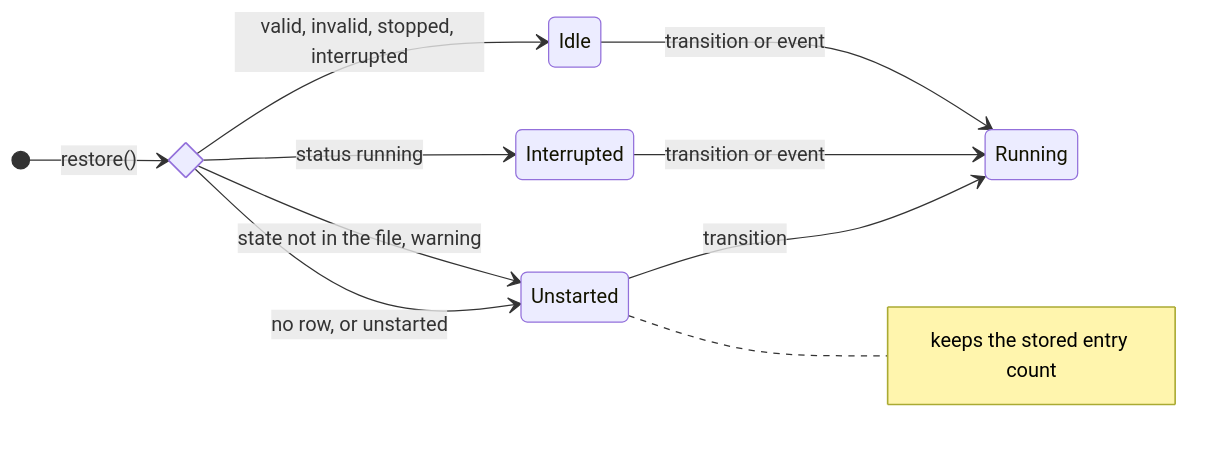
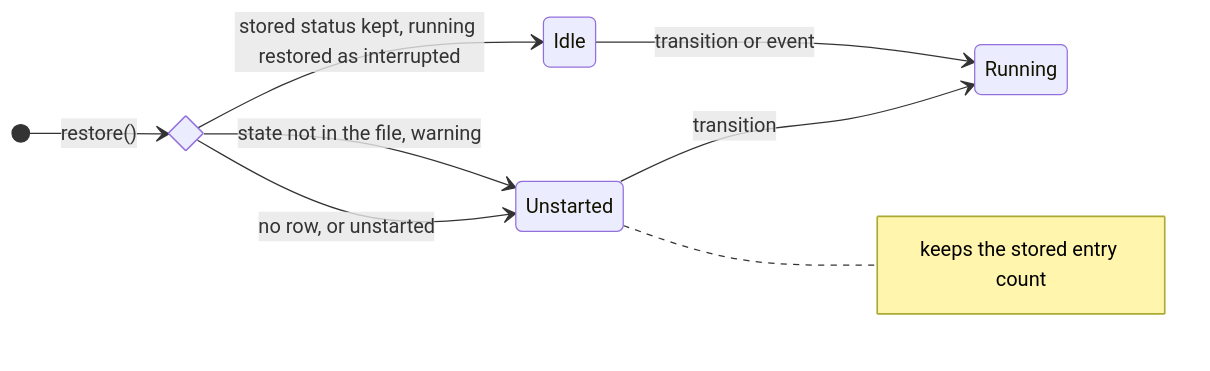
Before and after one commit to prasadtalasila/DTaaS-Public: the third of 3 diagrams in servers/execution/runner/docs/state-machine-design.md, drawn with Mermaid. The commit also changed 2 other files, not shown here.

Commit message:
Address Fable's notes on the state machine documents
- 09 issue: main.ts starts MQTT before listen; drop the stale note
- STATE-MACHINE.md: interrupted shows in GET / and GET /state, not in
  the history, which lists names only
- design: one path from a stored row to Idle, with running restored as
  interrupted, instead of two that looked like different states

````diff
--- a/servers/execution/runner/docs/state-machine-design.md
+++ b/servers/execution/runner/docs/state-machine-design.md
@@ -368,14 +368,12 @@
 ```mermaid
 stateDiagram-v2
     direction LR
     state stored <<choice>>
     [*] --> stored : restore()
     stored --> Unstarted : no row, or unstarted
     stored --> Unstarted : state not in the file, warning
-    stored --> Interrupted : status running
-    stored --> Idle : valid, invalid, stopped, interrupted
+    stored --> Idle : stored status kept, running restored as interrupted
     Unstarted --> Running : transition
-    Interrupted --> Running : transition or event
     Idle --> Running : transition or event
     note right of Unstarted : keeps the stored entry count
 ```
````
